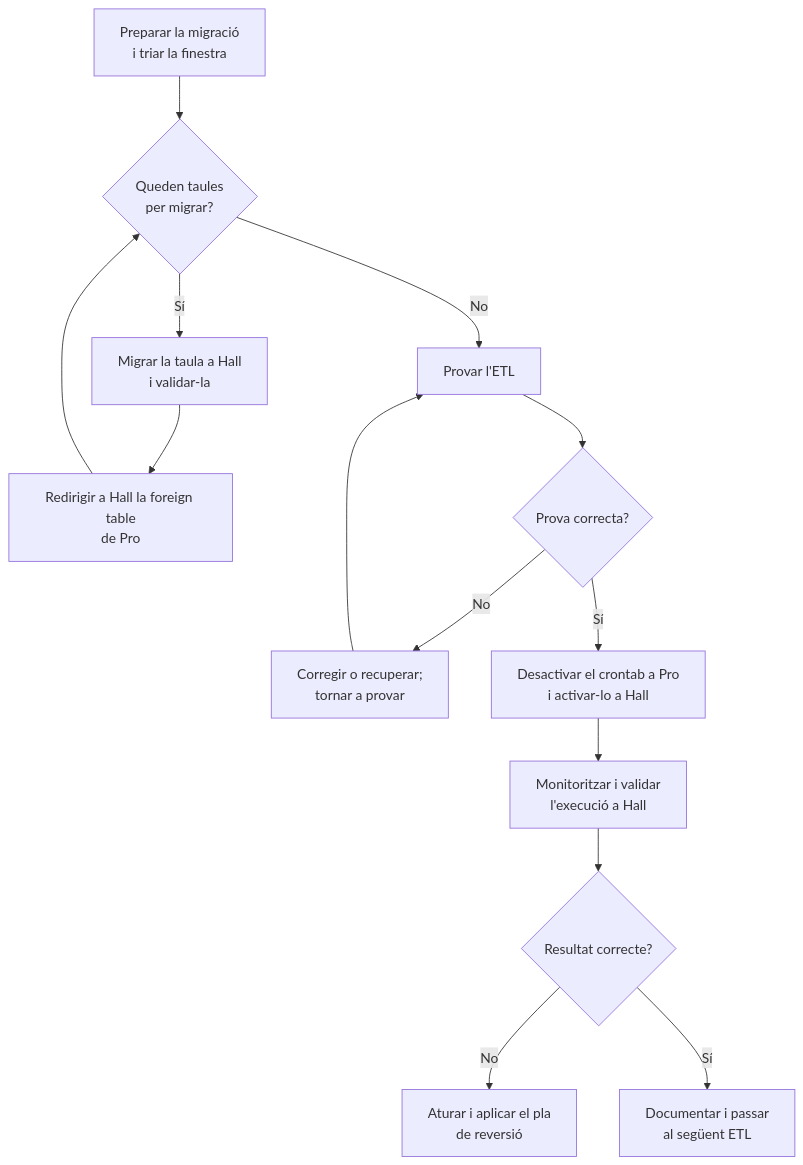
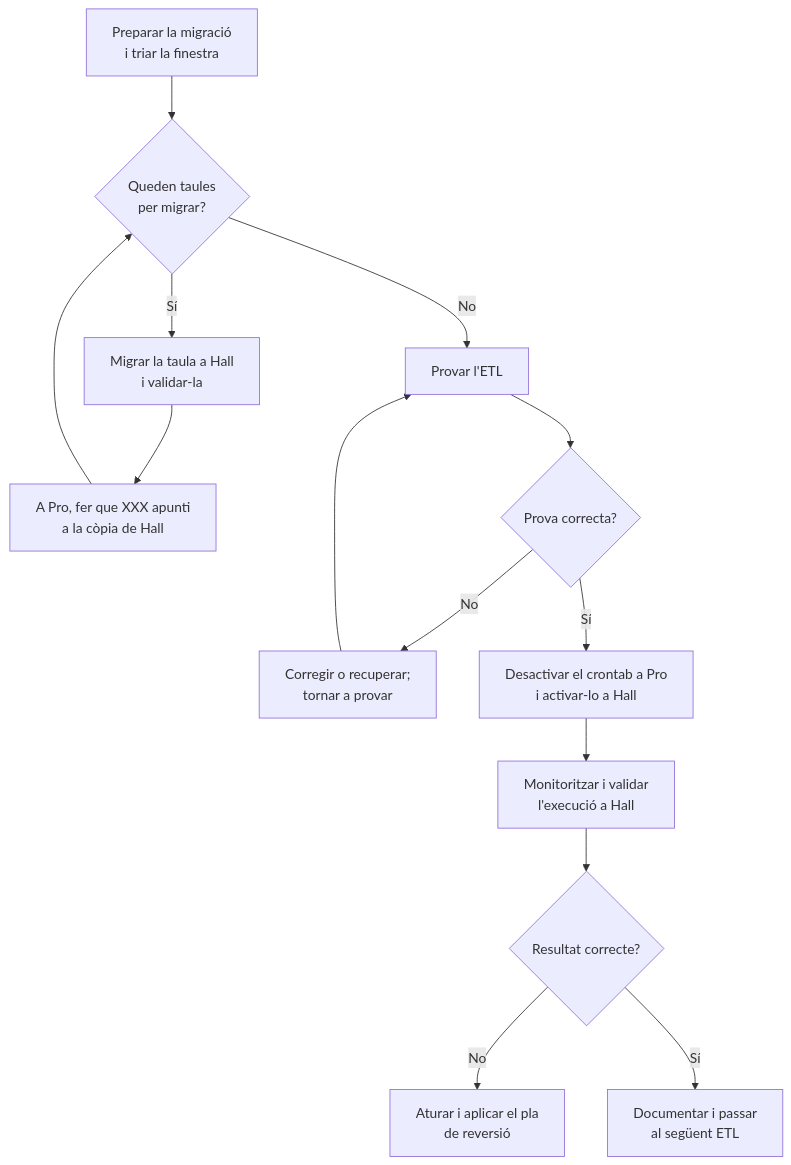
One commit to lenergetica/le-tech-knowledge-base changed the diagram in docs/01/Postgres/migrar-scripts-etl-de-pro-a-hall.md. Above: the diagram before and after it, drawn with Mermaid. The commit also changed other lines of this file and 1 other file, not shown here.

````diff
--- a/docs/01/Postgres/migrar-scripts-etl-de-pro-a-hall.md
+++ b/docs/01/Postgres/migrar-scripts-etl-de-pro-a-hall.md
@@ -34,16 +30,16 @@
 ```mermaid
 flowchart TD
     A["Preparar la migració<br/>i triar la finestra"] --> B{"Queden taules<br/>per migrar?"}
     B -- "Sí" --> C["Migrar la taula a Hall<br/>i validar-la"]
-    C --> D["Redirigir a Hall la foreign table<br/>de Pro"]
+    C --> D["A Pro, fer que XXX apunti<br/>a la còpia de Hall"]
     D --> B
     B -- "No" --> E["Provar l'ETL"]
     E --> F{"Prova correcta?"}
     F -- "No" --> G["Corregir o recuperar;<br/>tornar a provar"]
     G --> E
     F -- "Sí" --> H["Desactivar el crontab a Pro<br/>i activar-lo a Hall"]
     H --> I["Monitoritzar i validar<br/>l'execució a Hall"]
     I --> J{"Resultat correcte?"}
     J -- "No" --> K["Aturar i aplicar el pla<br/>de reversió"]
     J -- "Sí" --> L["Documentar i passar<br/>al següent ETL"]
 ```
````
